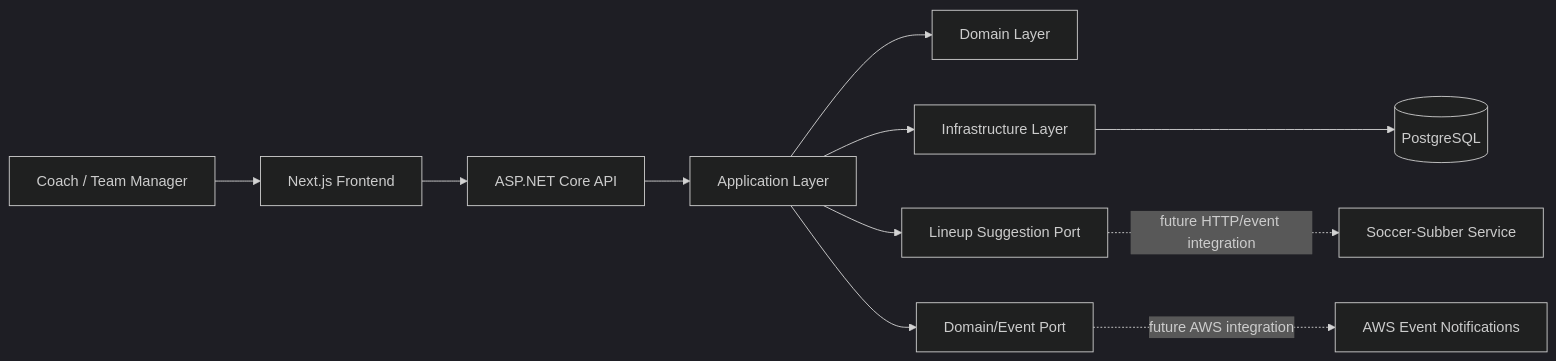
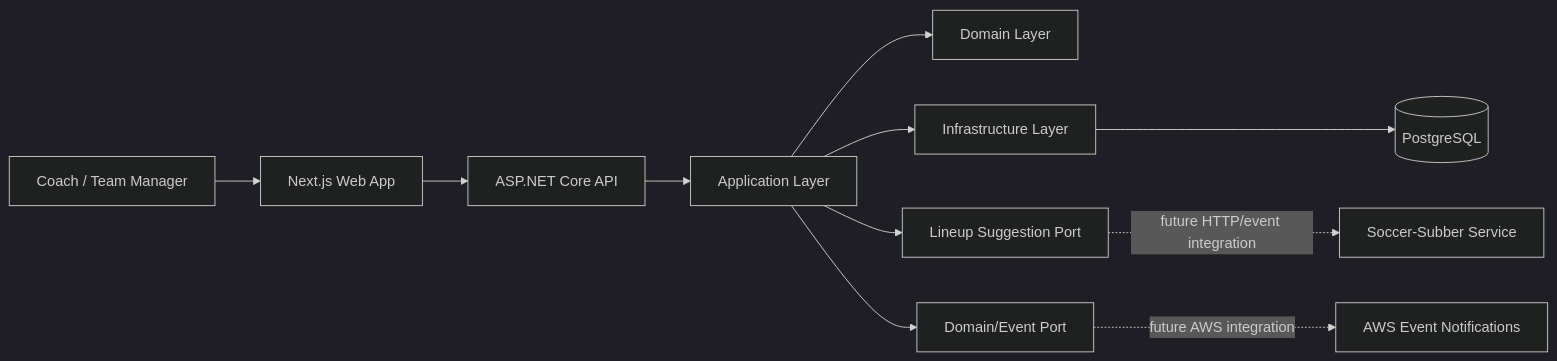
Before and after one commit to bbubb/squadsync: the first of 2 diagrams in docs/architecture/system-overview.md, drawn with Mermaid (dark theme). The commit also changed other lines of this file, not shown here.

Commit message:
docs: update system overview app structure

````diff
--- a/docs/architecture/system-overview.md
+++ b/docs/architecture/system-overview.md
@@ -17,13 +17,13 @@
 ```mermaid
 flowchart LR
-    Coach[Coach / Team Manager] --> Frontend[Next.js Frontend]
-    Frontend --> Api[ASP.NET Core API]
+    Coach[Coach / Team Manager] --> Web[Next.js Web App]
+    Web --> Api[ASP.NET Core API]
     Api --> App[Application Layer]
     App --> Domain[Domain Layer]
     App --> Infra[Infrastructure Layer]
     Infra --> Db[(PostgreSQL)]
     App --> SubberPort[Lineup Suggestion Port]
     SubberPort -. future HTTP/event integration .-> SoccerSubber[Soccer-Subber Service]
     App --> EventPort[Domain/Event Port]
     EventPort -. future AWS integration .-> AwsEvents[AWS Event Notifications]
 ```
````
